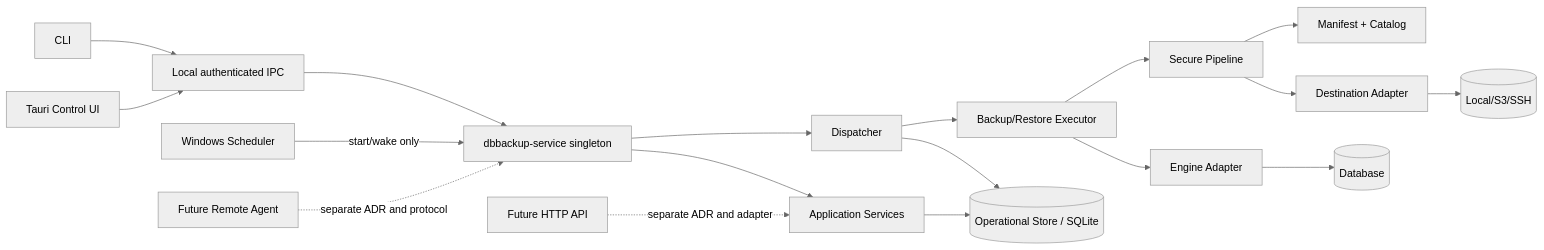
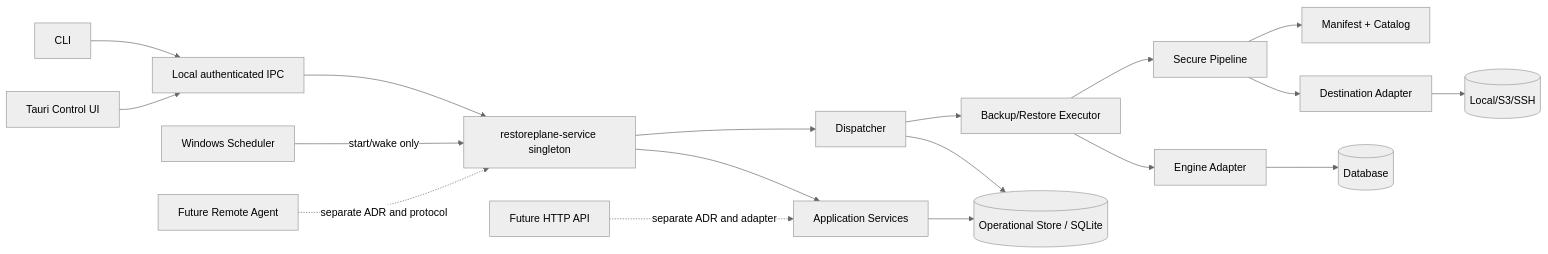
Before and after one commit to Dannykkh/restoreplane: the first of 2 diagrams in docs/plan/connected-backup-platform-v2/spec.md, drawn with Mermaid (neutral theme). The commit also changed other lines of this file and 842 other files, not shown here.

````diff
--- a/docs/plan/connected-backup-platform-v2/spec.md
+++ b/docs/plan/connected-backup-platform-v2/spec.md
@@ -56,20 +56,20 @@
 ```mermaid
 flowchart LR
     UI[Tauri Control UI] --> IPC[Local authenticated IPC]
     CLI[CLI] --> IPC
-    IPC --> SVC[dbbackup-service singleton]
+    IPC --> SVC[restoreplane-service singleton]
     SCHED[Windows Scheduler] -->|start/wake only| SVC
     SVC --> APP[Application Services]
     APP --> DB[(Operational Store / SQLite)]
     SVC --> DISP[Dispatcher]
     DISP --> DB
     DISP --> EXEC[Backup/Restore Executor]
     EXEC --> ADAPTER[Engine Adapter]
     ADAPTER --> SOURCE[(Database)]
     EXEC --> PIPE[Secure Pipeline]
     PIPE --> DEST[Destination Adapter]
     DEST --> STORAGE[(Local/S3/SSH)]
     PIPE --> CATALOG[Manifest + Catalog]
     AGENT[Future Remote Agent] -. separate ADR and protocol .-> SVC
     API[Future HTTP API] -. separate ADR and adapter .-> APP
 ```
````
